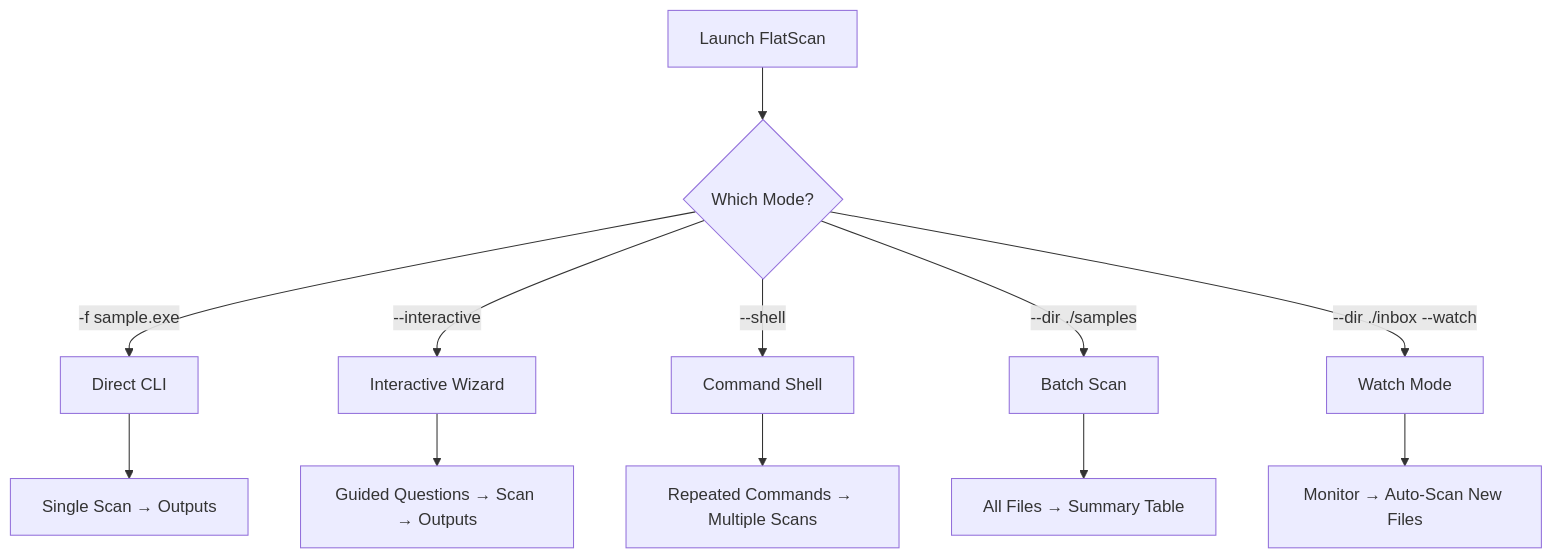
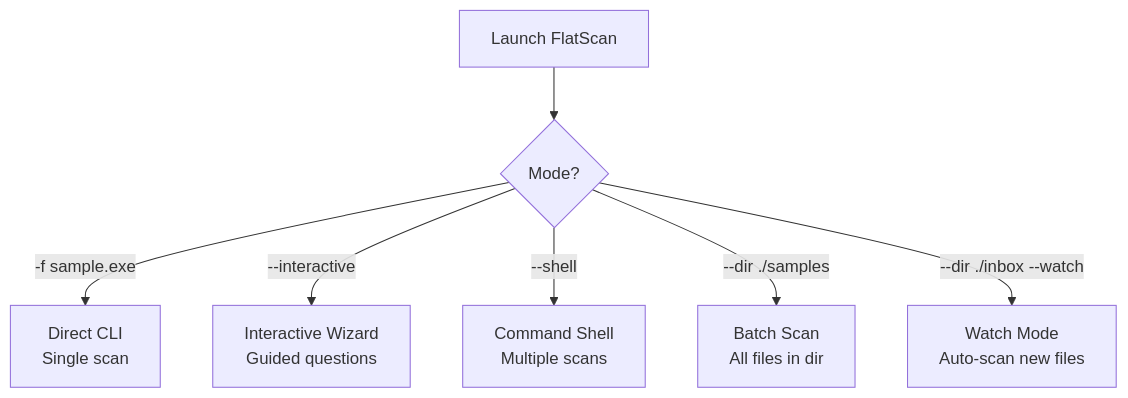
One commit to Masriyan/FlatScan changed the second of 7 diagrams in usage.md. Above: the diagram before and after it, drawn with Mermaid. The commit also changed other lines of this file and 11 other files, not shown here.

````diff
--- a/usage.md
+++ b/usage.md
@@ -130,16 +130,9 @@
 ```mermaid
 graph TD
-    A[Launch FlatScan] --> B{Which Mode?}
-    
-    B -->|"-f sample.exe"| C[Direct CLI]
-    B -->|"--interactive"| D[Interactive Wizard]
-    B -->|"--shell"| E[Command Shell]
-    B -->|"--dir ./samples"| F[Batch Scan]
-    B -->|"--dir ./inbox --watch"| G[Watch Mode]
-    
-    C --> H[Single Scan → Outputs]
-    D --> I[Guided Questions → Scan → Outputs]
-    E --> J[Repeated Commands → Multiple Scans]
-    F --> K[All Files → Summary Table]
-    G --> L[Monitor → Auto-Scan New Files]
+    A[Launch FlatScan] --> B{Mode?}
+    B -->|"-f sample.exe"| C["Direct CLI<br/>Single scan"]
+    B -->|"--interactive"| D["Interactive Wizard<br/>Guided questions"]
+    B -->|"--shell"| E["Command Shell<br/>Multiple scans"]
+    B -->|"--dir ./samples"| F["Batch Scan<br/>All files in dir"]
+    B -->|"--dir ./inbox --watch"| G["Watch Mode<br/>Auto-scan new files"]
 ```
````
